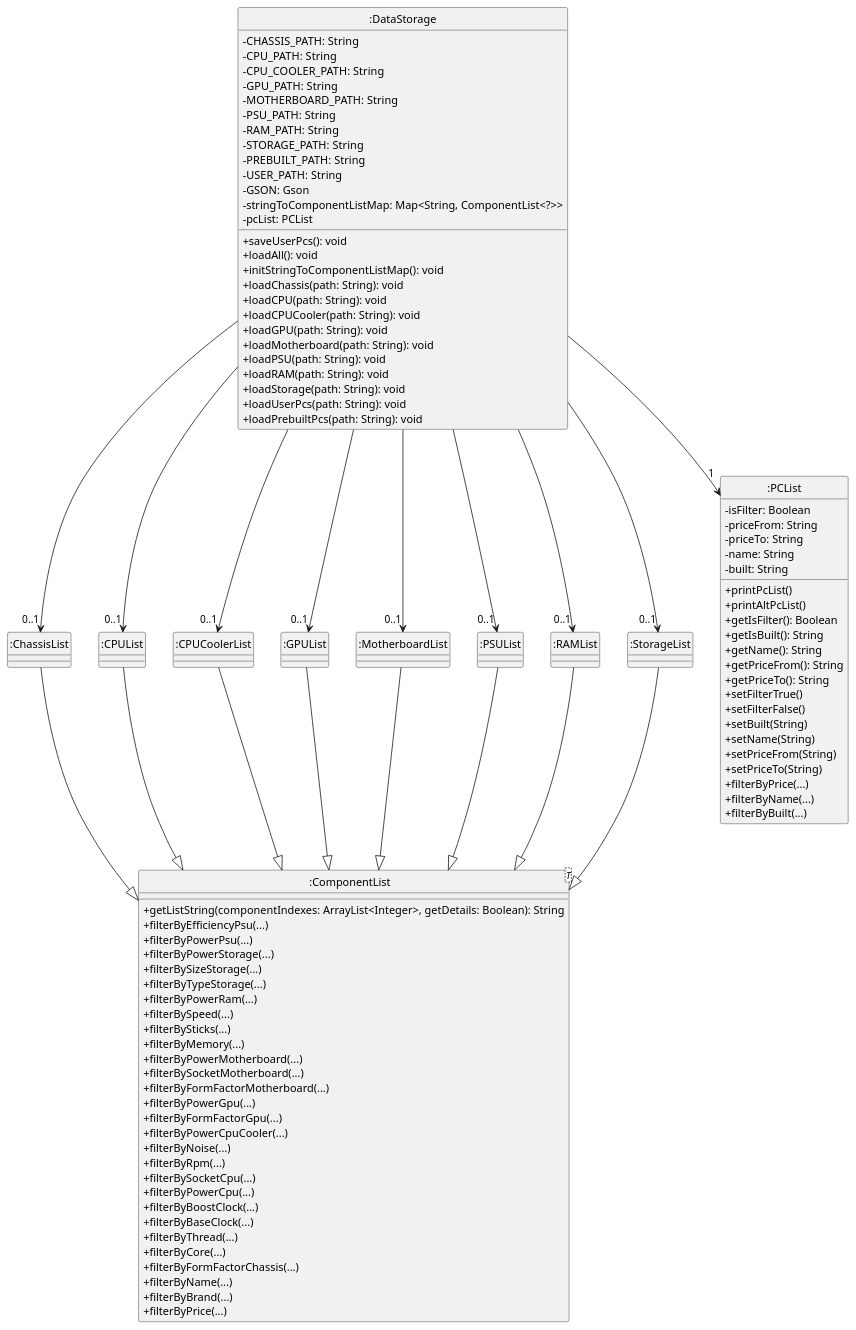
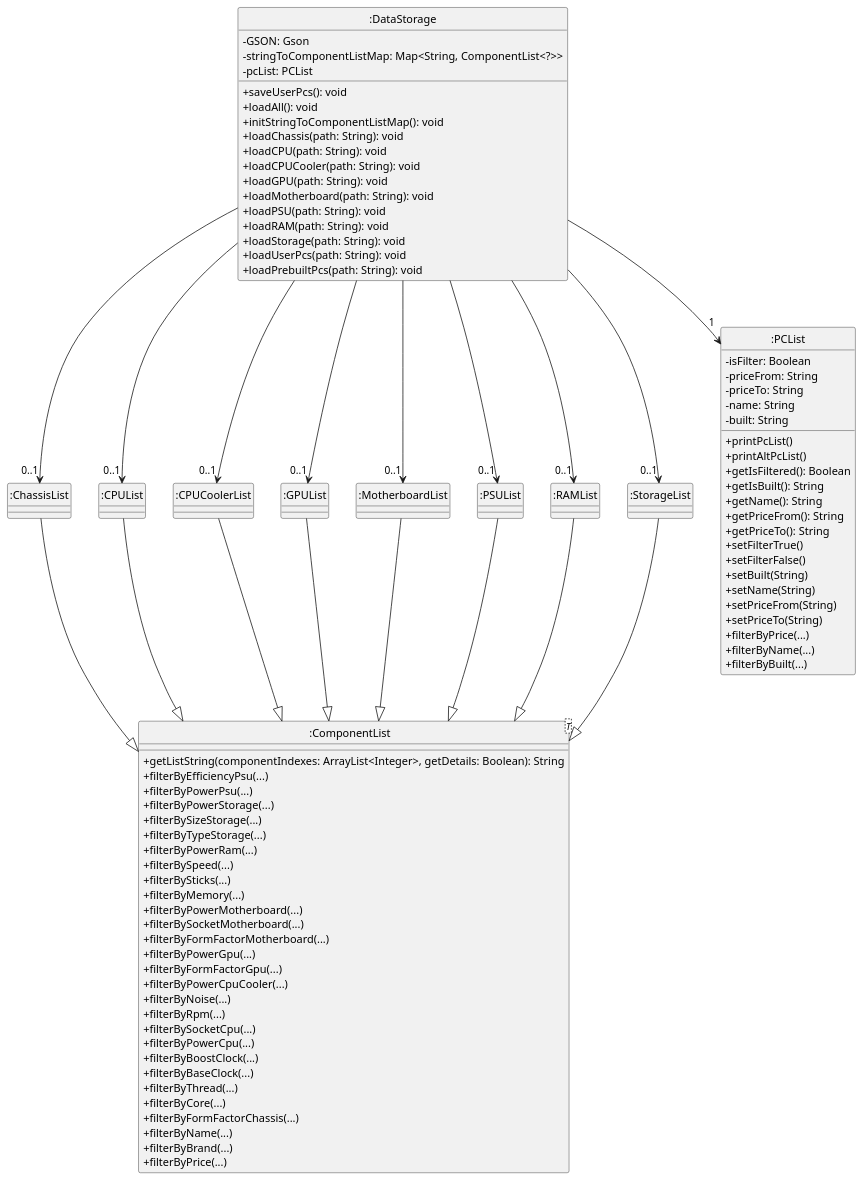
Before and after one commit to typingpanda/tp: the diagram in docs/uml-source/DataStorageClass.puml, drawn with PlantUML. The commit also changed 1 other file, not shown here.

Commit message:
Update getIsFilter to getIsFiltered

```diff
--- a/docs/uml-source/DataStorageClass.puml
+++ b/docs/uml-source/DataStorageClass.puml
@@ -1,128 +1,118 @@
 @startuml
 skinparam classAttributeIconSize 0
 
 class ":ComponentList" as ComponentList
 class ":ChassisList" as ChassisList
 class ":CPUList" as CPUList
 class ":CPUCoolerList" as CPUCoolerList
 class ":GPUList" as GPUList
 class ":MotherboardList" as MotherboardList
 class ":PSUList" as PSUList
 class ":RAMList" as RAMList
 class ":StorageList" as StorageList
 class ":PCList" as PCList
 class ":DataStorage" as DataStorage
 
 class ComponentList<T> {
     +getListString(componentIndexes: ArrayList<Integer>, getDetails: Boolean): String
     +filterByEfficiencyPsu(...)
     +filterByPowerPsu(...)
     +filterByPowerStorage(...)
     +filterBySizeStorage(...)
     +filterByTypeStorage(...)
     +filterByPowerRam(...)
     +filterBySpeed(...)
     +filterBySticks(...)
     +filterByMemory(...)
     +filterByPowerMotherboard(...)
     +filterBySocketMotherboard(...)
     +filterByFormFactorMotherboard(...)
     +filterByPowerGpu(...)
     +filterByFormFactorGpu(...)
     +filterByPowerCpuCooler(...)
     +filterByNoise(...)
     + filterByRpm(...)               
     + filterBySocketCpu(...)             
     + filterByPowerCpu(...)          
     + filterByBoostClock(...)    
     + filterByBaseClock(...)    
     + filterByThread(...)                  
     + filterByCore(...)                     
     + filterByFormFactorChassis(...) 
     + filterByName(...)                  
     + filterByBrand(...)                 
     + filterByPrice(...)
 }
 
 ChassisList --|> ComponentList
 CPUList --|> ComponentList
 CPUCoolerList --|> ComponentList
 GPUList --|> ComponentList
 MotherboardList --|> ComponentList
 PSUList --|> ComponentList
 RAMList --|> ComponentList
 StorageList --|> ComponentList
 
 
 class PCList {
     -isFilter: Boolean
     -priceFrom: String
     -priceTo: String
     -name: String
     -built: String
     +printPcList()
     +printAltPcList()
-    +getIsFilter(): Boolean
+    +getIsFiltered(): Boolean
     +getIsBuilt(): String
     +getName(): String
     +getPriceFrom(): String
     +getPriceTo(): String
     +setFilterTrue()
     +setFilterFalse()
     +setBuilt(String)
     +setName(String)
     +setPriceFrom(String)
     +setPriceTo(String)
     +filterByPrice(...)
     +filterByName(...)
     +filterByBuilt(...)
 }
 
 
               
              
 
 
 class DataStorage {
-    - CHASSIS_PATH: String
-    - CPU_PATH: String
-    - CPU_COOLER_PATH: String
-    - GPU_PATH: String
-    - MOTHERBOARD_PATH: String
-    - PSU_PATH: String
-    - RAM_PATH: String
-    - STORAGE_PATH: String
-    - PREBUILT_PATH: String
-    - USER_PATH: String
     - GSON: Gson
     - stringToComponentListMap: Map<String, ComponentList<?>>
     - pcList: PCList
     + saveUserPcs(): void
     + loadAll(): void
     + initStringToComponentListMap(): void
     + loadChassis(path: String): void
     + loadCPU(path: String): void
     + loadCPUCooler(path: String): void
     + loadGPU(path: String): void
     + loadMotherboard(path: String): void
     + loadPSU(path: String): void
     + loadRAM(path: String): void
     + loadStorage(path: String): void
     + loadUserPcs(path: String): void
     + loadPrebuiltPcs(path: String): void
 }
 
 
 DataStorage --> "0..1" ChassisList
 DataStorage --> "0..1" CPUList
 DataStorage --> "0..1" CPUCoolerList
 DataStorage --> "0..1" GPUList
 DataStorage --> "0..1" MotherboardList
 DataStorage --> "0..1" PSUList
 DataStorage --> "0..1" RAMList
 DataStorage --> "0..1" StorageList
 DataStorage --> "1" PCList
 
 hide class circle
 
 @enduml
```
